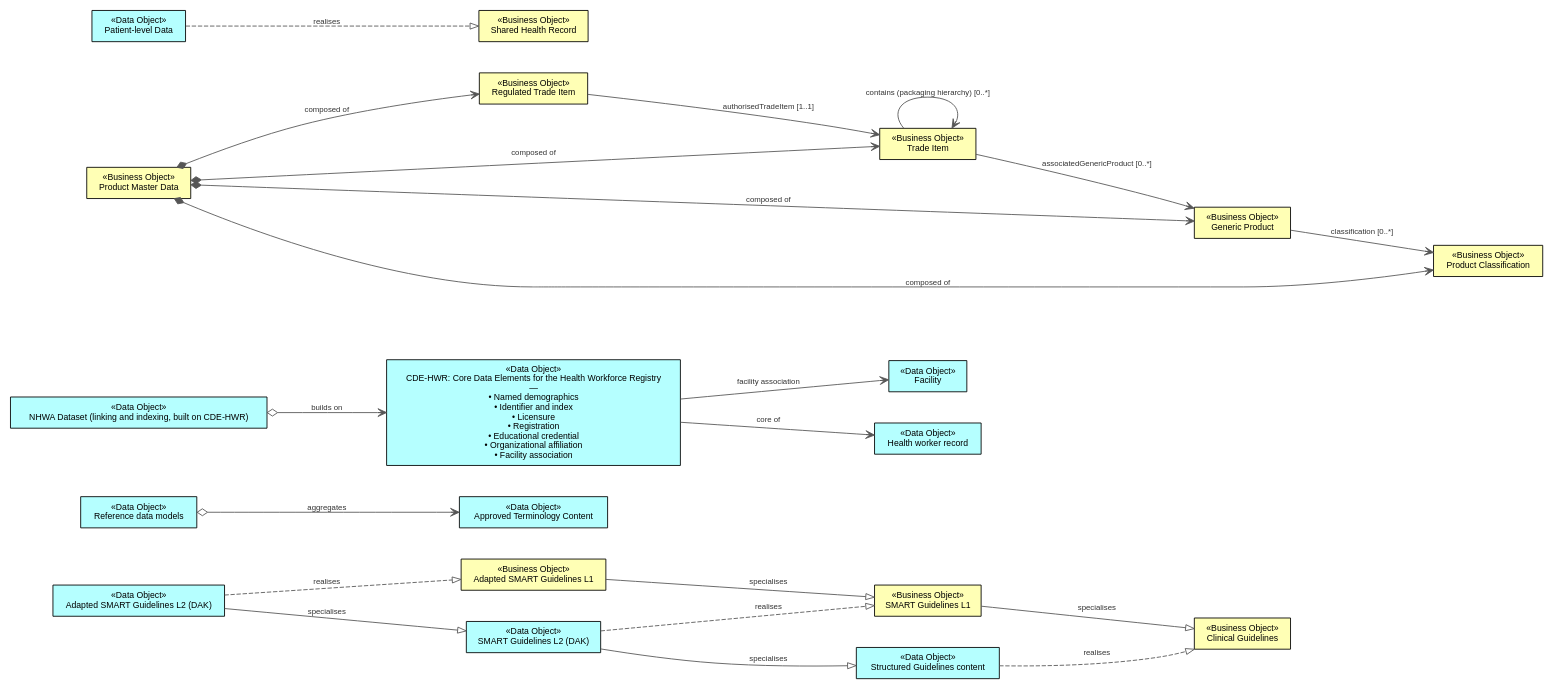
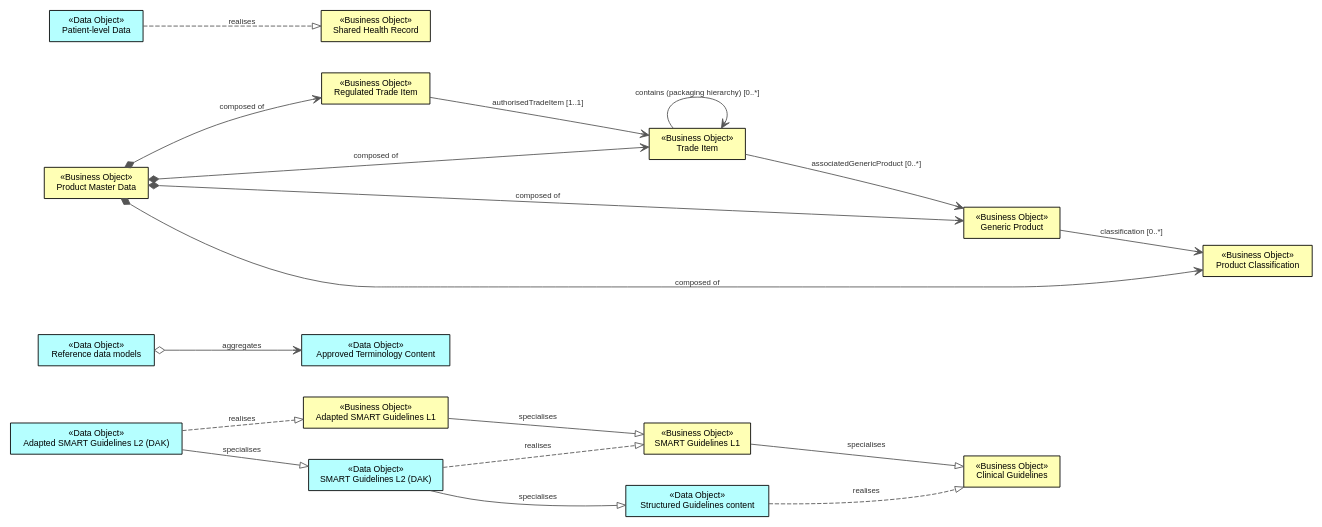
One commit to litlfred/smart-ra changed the diagram in archimate/0.3.0-draft.1/data-model.dot. Above: the diagram before and after it, drawn with Graphviz. The commit also changed 15784 other files, not shown here.

```diff
--- a/archimate/0.3.0-draft.1/data-model.dot
+++ b/archimate/0.3.0-draft.1/data-model.dot
@@ -1,44 +1,37 @@
 digraph "WHO_RA — data model" {
   graph [rankdir=LR, fontname="Helvetica", fontsize=11, nodesep=0.5, ranksep=1.1];
   node [shape=box, style="filled", fontname="Helvetica", fontsize=10, margin="0.14,0.08"];
   edge [fontname="Helvetica", fontsize=9, color="#555555", fontcolor="#333333"];
   "id-b03a09f1177a4bf6bfd1f22c6cea1c94" [label="«Business Object»\nAdapted SMART Guidelines L1", fillcolor="#ffffb5", URL="../../en/dpi-h-ra/archimate/0.3.0-draft.1/element/adapted-smart-guidelines-l1/", target="_top", tooltip="Adapted SMART Guidelines L1 (Business Object)"];
   "id-2f415a2e0d4245c19663f5821ed02a16" [label="«Data Object»\nAdapted SMART Guidelines L2 (DAK)", fillcolor="#b5ffff", URL="../../en/dpi-h-ra/archimate/0.3.0-draft.1/element/adapted-smart-guidelines-l2-dak/", target="_top", tooltip="Adapted SMART Guidelines L2 (DAK) (Data Object)"];
   "id-c41368c8e91646cf96381ca301ac003d" [label="«Data Object»\nApproved Terminology Content", fillcolor="#b5ffff", URL="../../en/dpi-h-ra/archimate/0.3.0-draft.1/element/approved-terminology-content/", target="_top", tooltip="Approved Terminology Content (Data Object)"];
-  "id-e162b2223da4440983514be5854b654d" [label="«Data Object»\nCDE-HWR: Core Data Elements for the Health Workforce Registry\n—\n• Named demographics\n• Identifier and index\n• Licensure\n• Registration\n• Educational credential\n• Organizational affiliation\n• Facility association", fillcolor="#b5ffff", URL="../../en/dpi-h-ra/archimate/0.3.0-draft.1/element/cde-hwr-core-data-elements-for-the-health-workforce-registry/", target="_top", tooltip="CDE-HWR: Core Data Elements for the Health Workforce Registry (Data Object)"];
   "id-e4de2256c7644b7cbd7222ac49625b3d" [label="«Business Object»\nClinical Guidelines", fillcolor="#ffffb5", URL="../../en/dpi-h-ra/archimate/0.3.0-draft.1/element/clinical-guidelines/", target="_top", tooltip="Clinical Guidelines (Business Object)"];
-  "id-ad969289cb774307aa678037c56fdd3f" [label="«Data Object»\nFacility", fillcolor="#b5ffff", URL="../../en/dpi-h-ra/archimate/0.3.0-draft.1/element/facility/", target="_top", tooltip="Facility (Data Object)"];
   "id-48ca7ae8d2ed5a5a992fbdd0528f9fe8" [label="«Business Object»\nGeneric Product", fillcolor="#ffffb5", URL="../../en/dpi-h-ra/archimate/0.3.0-draft.1/element/generic-product/", target="_top", tooltip="Generic Product (Business Object)"];
-  "id-702c24bbd73341be9afc11c7e11e9810" [label="«Data Object»\nHealth worker record", fillcolor="#b5ffff", URL="../../en/dpi-h-ra/archimate/0.3.0-draft.1/element/health-worker-record/", target="_top", tooltip="Health worker record (Data Object)"];
-  "id-145e885489634e469e8a6734f56b7df5" [label="«Data Object»\nNHWA Dataset (linking and indexing, built on CDE-HWR)", fillcolor="#b5ffff", URL="../../en/dpi-h-ra/archimate/0.3.0-draft.1/element/nhwa-dataset-linking-and-indexing-built-on-cde-hwr/", target="_top", tooltip="NHWA Dataset (linking and indexing, built on CDE-HWR) (Data Object)"];
   "id-71b2e11df2e348a2b9f8eee36c8e5292" [label="«Data Object»\nPatient-level Data", fillcolor="#b5ffff", URL="../../en/dpi-h-ra/archimate/0.3.0-draft.1/element/patient-level-data/", target="_top", tooltip="Patient-level Data (Data Object)"];
   "id-1aa66395ee2651d5aec70dc678326440" [label="«Business Object»\nProduct Classification", fillcolor="#ffffb5", URL="../../en/dpi-h-ra/archimate/0.3.0-draft.1/element/product-classification/", target="_top", tooltip="Product Classification (Business Object)"];
   "id-815bef20a55f5f59b409a76a9a6545f8" [label="«Business Object»\nProduct Master Data", fillcolor="#ffffb5", URL="../../en/dpi-h-ra/archimate/0.3.0-draft.1/element/product-master-data/", target="_top", tooltip="Product Master Data (Business Object)"];
   "id-85cd033bc1bd4bec9bb4a2f316f357da" [label="«Data Object»\nReference data models", fillcolor="#b5ffff", URL="../../en/dpi-h-ra/archimate/0.3.0-draft.1/element/reference-data-models/", target="_top", tooltip="Reference data models (Data Object)"];
   "id-b99b159bb8d558ef8477825142fe4700" [label="«Business Object»\nRegulated Trade Item", fillcolor="#ffffb5", URL="../../en/dpi-h-ra/archimate/0.3.0-draft.1/element/regulated-trade-item/", target="_top", tooltip="Regulated Trade Item (Business Object)"];
   "id-f180ad44b2e94e2a9ee8523ffc900264" [label="«Business Object»\nShared Health Record", fillcolor="#ffffb5", URL="../../en/dpi-h-ra/archimate/0.3.0-draft.1/element/shared-health-record/", target="_top", tooltip="Shared Health Record (Business Object)"];
   "id-5b55a8ca67864a1a91910347db193e79" [label="«Business Object»\nSMART Guidelines L1", fillcolor="#ffffb5", URL="../../en/dpi-h-ra/archimate/0.3.0-draft.1/element/smart-guidelines-l1/", target="_top", tooltip="SMART Guidelines L1 (Business Object)"];
   "id-066e40fefc9e48e4b23e51d9f9bd14d2" [label="«Data Object»\nSMART Guidelines L2 (DAK)", fillcolor="#b5ffff", URL="../../en/dpi-h-ra/archimate/0.3.0-draft.1/element/smart-guidelines-l2-dak/", target="_top", tooltip="SMART Guidelines L2 (DAK) (Data Object)"];
   "id-22a44179b1b34a74984de87cd5a702b7" [label="«Data Object»\nStructured Guidelines content", fillcolor="#b5ffff", URL="../../en/dpi-h-ra/archimate/0.3.0-draft.1/element/structured-guidelines-content/", target="_top", tooltip="Structured Guidelines content (Data Object)"];
   "id-60e7d1d9e64c5011a1efe8becac406d0" [label="«Business Object»\nTrade Item", fillcolor="#ffffb5", URL="../../en/dpi-h-ra/archimate/0.3.0-draft.1/element/trade-item/", target="_top", tooltip="Trade Item (Business Object)"];
   "id-066e40fefc9e48e4b23e51d9f9bd14d2" -> "id-22a44179b1b34a74984de87cd5a702b7" [label="specialises", arrowhead=onormal, URL="../../en/dpi-h-ra/archimate/0.3.0-draft.1/relationship/id-e93395c64641412bad72ebc665991736/", target="_top", tooltip="specialises"];
   "id-066e40fefc9e48e4b23e51d9f9bd14d2" -> "id-5b55a8ca67864a1a91910347db193e79" [label="realises", style=dashed, arrowhead=onormal, URL="../../en/dpi-h-ra/archimate/0.3.0-draft.1/relationship/id-6aba5c08f6c44aea87ca1579ebf4b583/", target="_top", tooltip="realises"];
-  "id-145e885489634e469e8a6734f56b7df5" -> "id-e162b2223da4440983514be5854b654d" [label="builds on", dir=both, arrowtail=odiamond, arrowhead=vee, URL="../../en/dpi-h-ra/archimate/0.3.0-draft.1/relationship/id-b94bbb2900d345b3bef61810ecd7e3fe/", target="_top", tooltip="builds on"];
   "id-22a44179b1b34a74984de87cd5a702b7" -> "id-e4de2256c7644b7cbd7222ac49625b3d" [label="realises", style=dashed, arrowhead=onormal, URL="../../en/dpi-h-ra/archimate/0.3.0-draft.1/relationship/id-f33f460c46cf4a7d9178dd6911c9718e/", target="_top", tooltip="realises"];
   "id-2f415a2e0d4245c19663f5821ed02a16" -> "id-066e40fefc9e48e4b23e51d9f9bd14d2" [label="specialises", arrowhead=onormal, URL="../../en/dpi-h-ra/archimate/0.3.0-draft.1/relationship/id-71ca461498b6470bb95e05415a52a498/", target="_top", tooltip="specialises"];
   "id-2f415a2e0d4245c19663f5821ed02a16" -> "id-b03a09f1177a4bf6bfd1f22c6cea1c94" [label="realises", style=dashed, arrowhead=onormal, URL="../../en/dpi-h-ra/archimate/0.3.0-draft.1/relationship/id-d424f9d56d814a21babf5a1cd4aa0bff/", target="_top", tooltip="realises"];
   "id-48ca7ae8d2ed5a5a992fbdd0528f9fe8" -> "id-1aa66395ee2651d5aec70dc678326440" [label="classification [0..*]", arrowhead=vee, URL="../../en/dpi-h-ra/archimate/0.3.0-draft.1/relationship/id-37352e25bde854099496a61eb89ef383/", target="_top", tooltip="classification [0..*]"];
   "id-5b55a8ca67864a1a91910347db193e79" -> "id-e4de2256c7644b7cbd7222ac49625b3d" [label="specialises", arrowhead=onormal, URL="../../en/dpi-h-ra/archimate/0.3.0-draft.1/relationship/id-a1f31108507b4aa38667aef1c7ef40fd/", target="_top", tooltip="specialises"];
   "id-60e7d1d9e64c5011a1efe8becac406d0" -> "id-48ca7ae8d2ed5a5a992fbdd0528f9fe8" [label="associatedGenericProduct [0..*]", arrowhead=vee, URL="../../en/dpi-h-ra/archimate/0.3.0-draft.1/relationship/id-9f5572ac0096559c846ebceb9ca9aa48/", target="_top", tooltip="associatedGenericProduct [0..*]"];
   "id-60e7d1d9e64c5011a1efe8becac406d0" -> "id-60e7d1d9e64c5011a1efe8becac406d0" [label="contains (packaging hierarchy) [0..*]", arrowhead=vee, URL="../../en/dpi-h-ra/archimate/0.3.0-draft.1/relationship/id-493a50bf2cb75b809a72922ba6a42239/", target="_top", tooltip="contains (packaging hierarchy) [0..*]"];
   "id-71b2e11df2e348a2b9f8eee36c8e5292" -> "id-f180ad44b2e94e2a9ee8523ffc900264" [label="realises", style=dashed, arrowhead=onormal, URL="../../en/dpi-h-ra/archimate/0.3.0-draft.1/relationship/id-55a406f19194493581dcdeabec43826a/", target="_top", tooltip="realises"];
   "id-815bef20a55f5f59b409a76a9a6545f8" -> "id-1aa66395ee2651d5aec70dc678326440" [label="composed of", dir=both, arrowtail=diamond, arrowhead=vee, URL="../../en/dpi-h-ra/archimate/0.3.0-draft.1/relationship/id-f02872af47a55c46a83f907c57e5292c/", target="_top", tooltip="composed of"];
   "id-815bef20a55f5f59b409a76a9a6545f8" -> "id-48ca7ae8d2ed5a5a992fbdd0528f9fe8" [label="composed of", dir=both, arrowtail=diamond, arrowhead=vee, URL="../../en/dpi-h-ra/archimate/0.3.0-draft.1/relationship/id-4bc3fefc804b56f493b11825495b45df/", target="_top", tooltip="composed of"];
   "id-815bef20a55f5f59b409a76a9a6545f8" -> "id-60e7d1d9e64c5011a1efe8becac406d0" [label="composed of", dir=both, arrowtail=diamond, arrowhead=vee, URL="../../en/dpi-h-ra/archimate/0.3.0-draft.1/relationship/id-5e75e5d430d75f2f982e0e02f7aeed6b/", target="_top", tooltip="composed of"];
   "id-815bef20a55f5f59b409a76a9a6545f8" -> "id-b99b159bb8d558ef8477825142fe4700" [label="composed of", dir=both, arrowtail=diamond, arrowhead=vee, URL="../../en/dpi-h-ra/archimate/0.3.0-draft.1/relationship/id-feeb04f9760a576d8d181aab77d8cf58/", target="_top", tooltip="composed of"];
   "id-85cd033bc1bd4bec9bb4a2f316f357da" -> "id-c41368c8e91646cf96381ca301ac003d" [label="aggregates", dir=both, arrowtail=odiamond, arrowhead=vee, URL="../../en/dpi-h-ra/archimate/0.3.0-draft.1/relationship/id-804f3a8fab754b55b254d7da6fc1ae0c/", target="_top", tooltip="aggregates"];
   "id-b03a09f1177a4bf6bfd1f22c6cea1c94" -> "id-5b55a8ca67864a1a91910347db193e79" [label="specialises", arrowhead=onormal, URL="../../en/dpi-h-ra/archimate/0.3.0-draft.1/relationship/id-596dbb8e031e44c0b54c2c31b7362c89/", target="_top", tooltip="specialises"];
   "id-b99b159bb8d558ef8477825142fe4700" -> "id-60e7d1d9e64c5011a1efe8becac406d0" [label="authorisedTradeItem [1..1]", arrowhead=vee, URL="../../en/dpi-h-ra/archimate/0.3.0-draft.1/relationship/id-c433702da02c506a80ad8c63c850be3c/", target="_top", tooltip="authorisedTradeItem [1..1]"];
-  "id-e162b2223da4440983514be5854b654d" -> "id-702c24bbd73341be9afc11c7e11e9810" [label="core of", arrowhead=vee, URL="../../en/dpi-h-ra/archimate/0.3.0-draft.1/relationship/id-0c20303182ab4dc7b0e35b0a2f9c9c78/", target="_top", tooltip="core of"];
-  "id-e162b2223da4440983514be5854b654d" -> "id-ad969289cb774307aa678037c56fdd3f" [label="facility association", arrowhead=vee, URL="../../en/dpi-h-ra/archimate/0.3.0-draft.1/relationship/id-bee6e6eb9b854e50afe423e0a675f18f/", target="_top", tooltip="facility association"];
 }
```
